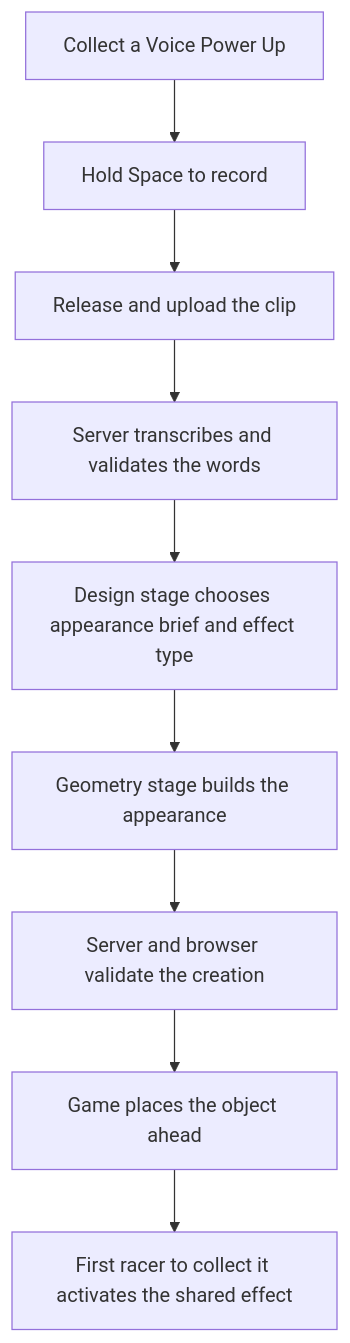
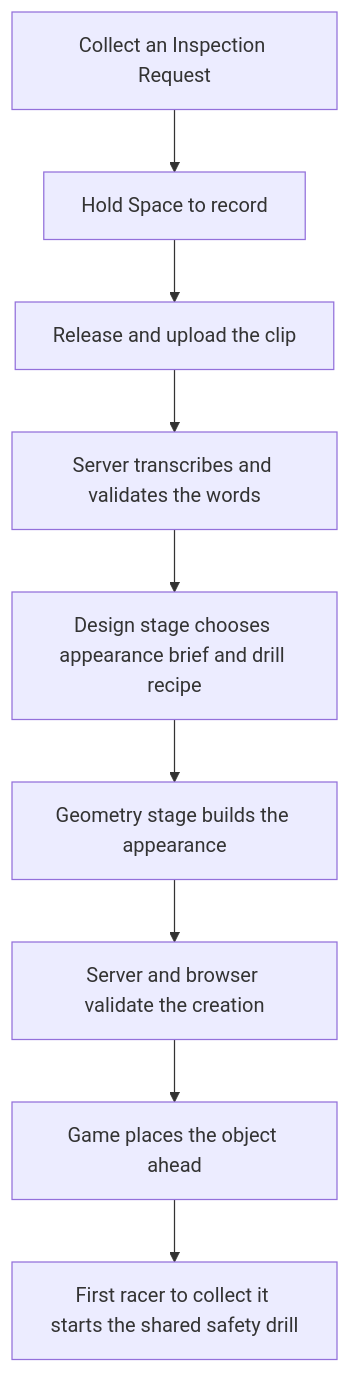
One commit to bobbyioaloha/game-tbd changed the diagram in docs/architecture.md. Above: the diagram before and after it, drawn with Mermaid. The commit also changed other lines of this file and 53 other files, not shown here.

Commit message:
safety drill

````diff
--- a/docs/architecture.md
+++ b/docs/architecture.md
@@ -21,11 +21,11 @@
 ```mermaid
 flowchart TD
-    A[Collect a Voice Power Up] --> B[Hold Space to record]
+    A[Collect an Inspection Request] --> B[Hold Space to record]
     B --> C[Release and upload the clip]
     C --> D[Server transcribes and validates the words]
-    D --> E[Design stage chooses appearance brief and effect type]
+    D --> E[Design stage chooses appearance brief and drill recipe]
     E --> F[Geometry stage builds the appearance]
     F --> G[Server and browser validate the creation]
     G --> H[Game places the object ahead]
-    H --> I[First racer to collect it activates the shared effect]
+    H --> I[First racer to collect it starts the shared safety drill]
 ```
````
